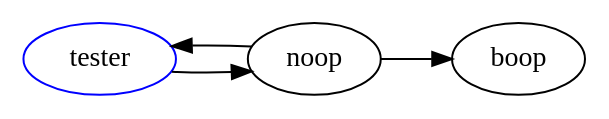
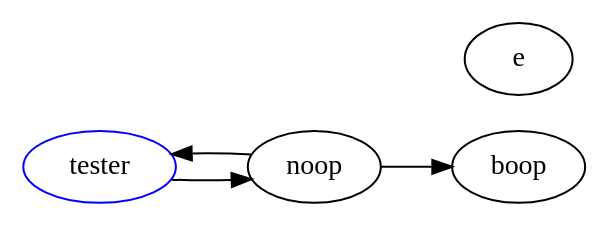
The diagram in README.md (sielay/doc2dot), drawn with Graphviz before and after one commit. The commit also changed 3 other files, not shown here.

````diff
--- a/README.md
+++ b/README.md
@@ -36,9 +36,10 @@
 ```dot
 digraph G {
 graph [rankdir=LR, fontsize=10, margin=0.001];
 tester -> noop
 tester [color=blue]
 noop -> tester [shape=arrow]
 noop -> boop
+ { rank="max";   e; }
 }
 ```
````
